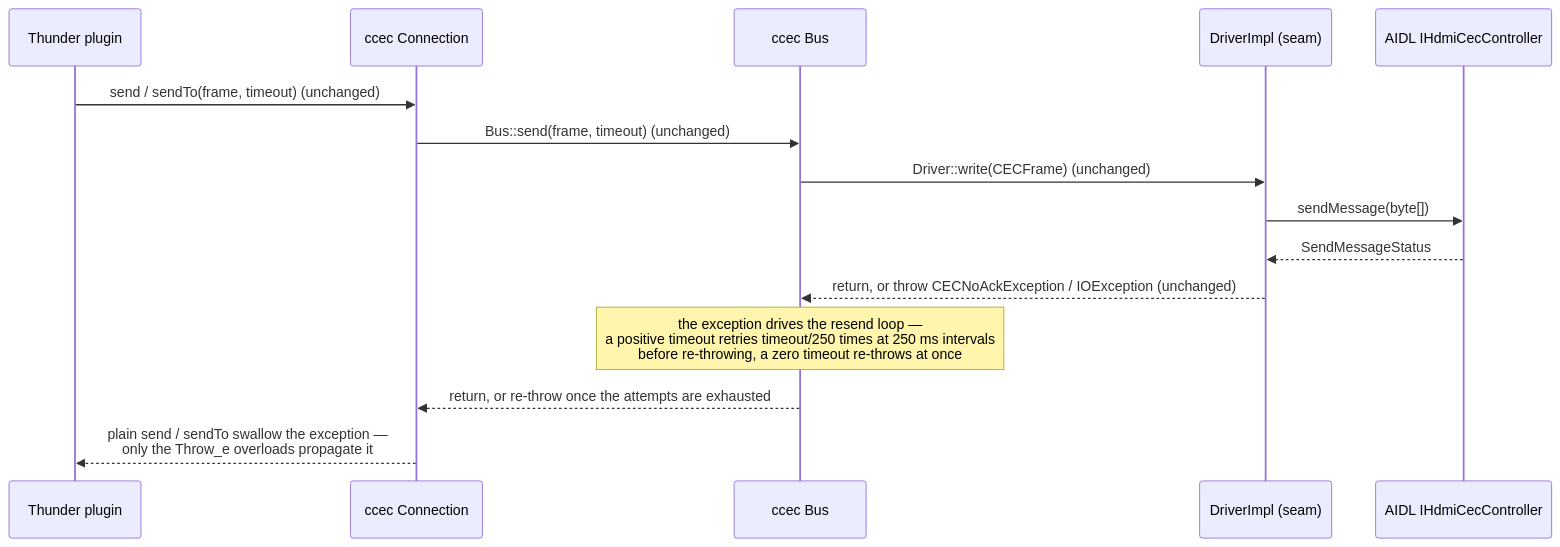
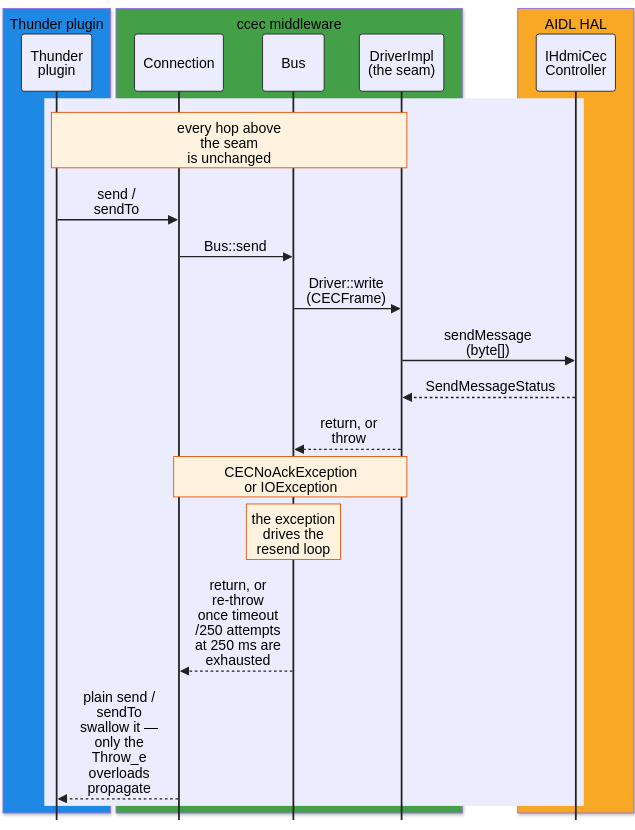
Before and after one commit to Blitzy-Sky/rdk-halif-aidl: the second of 3 diagrams in hdmicec/current/docs/migration_mapping.md, drawn with Mermaid. The commit also changed other lines of this file, not shown here.

````diff
--- a/hdmicec/current/docs/migration_mapping.md
+++ b/hdmicec/current/docs/migration_mapping.md
@@ -450,17 +499,28 @@
 ```mermaid
+%%{init: {"theme":"default","themeVariables":{"textColor":"#000000","actorBkg":"#ECECFF","actorBorder":"#212121","actorTextColor":"#000000","actorLineColor":"#212121","signalColor":"#212121","signalTextColor":"#000000","noteBkgColor":"#FFF3E0","noteBorderColor":"#E65100","noteTextColor":"#000000","loopTextColor":"#000000","labelBoxBkgColor":"#ECECFF","labelBoxBorderColor":"#212121","labelTextColor":"#000000","altSectionBkgColor":"#F5F5F5"},"sequence":{"diagramMarginX":8,"diagramMarginY":8,"actorMargin":12,"boxMargin":8,"width":70,"noteMargin":6,"messageMargin":28,"mirrorActors":false}}}%%
 sequenceDiagram
-    participant PL as Thunder plugin
-    participant CN as ccec Connection
-    participant BU as ccec Bus
-    participant DR as DriverImpl (seam)
-    participant HAL as AIDL IHdmiCecController
-    PL->>CN: send / sendTo(frame, timeout) (unchanged)
-    CN->>BU: Bus::send(frame, timeout) (unchanged)
-    BU->>DR: Driver::write(CECFrame) (unchanged)
-    DR->>HAL: sendMessage(byte[])
+    box rgb(30,136,229) Thunder plugin
+        participant PL as Thunder<br/>plugin
+    end
+    box rgb(67,160,71) ccec middleware
+        participant CN as Connection
+        participant BU as Bus
+        participant DR as DriverImpl<br/>(the seam)
+    end
+    box rgb(249,168,37) AIDL HAL
+        participant HAL as IHdmiCec<br/>Controller
+    end
+    rect rgb(236,236,255)
+    Note over PL,DR: every hop above<br/>the seam<br/>is unchanged
+    PL->>CN: send /<br/>sendTo
+    CN->>BU: Bus::send
+    BU->>DR: Driver::write<br/>(CECFrame)
+    DR->>HAL: sendMessage<br/>(byte[])
     HAL-->>DR: SendMessageStatus
-    DR-->>BU: return, or throw CECNoAckException / IOException (unchanged)
-    Note over BU: the exception drives the resend loop —<br/>a positive timeout retries timeout/250 times at 250 ms intervals<br/>before re-throwing, a zero timeout re-throws at once
-    BU-->>CN: return, or re-throw once the attempts are exhausted
-    CN-->>PL: plain send / sendTo swallow the exception —<br/>only the Throw_e overloads propagate it
+    DR-->>BU: return, or<br/>throw
+    Note over CN,DR: CECNoAckException<br/>or IOException
+    Note over BU: the exception<br/>drives the<br/>resend loop
+    BU-->>CN: return, or<br/>re-throw<br/>once timeout<br/>/250 attempts<br/>at 250 ms are<br/>exhausted
+    CN-->>PL: plain send /<br/>sendTo<br/>swallow it —<br/>only the<br/>Throw_e<br/>overloads<br/>propagate
+    end
 ```
````
